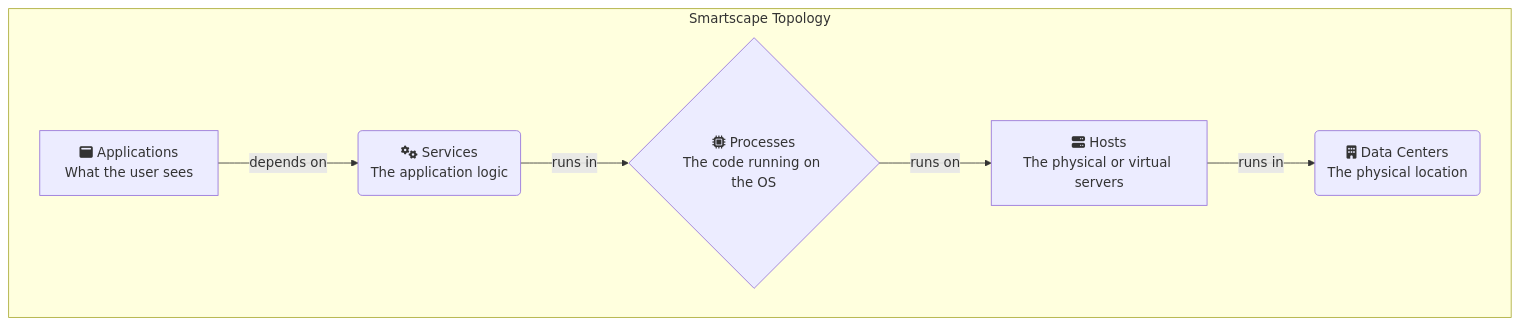
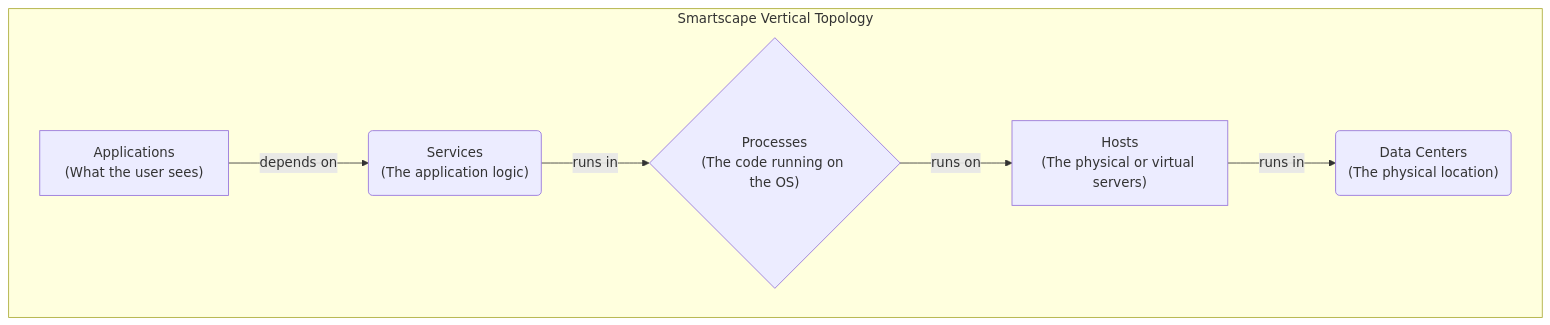
The diagram in Phase 2_ Core Monitoring/3_Deep_Dive_Smartscape_and_Topology.md (Kamal-nayan123/Dynatrace-course), drawn with Mermaid before and after one commit. The commit also changed 10 other files, not shown here.

````diff
--- a/Phase 2_ Core Monitoring/3_Deep_Dive_Smartscape_and_Topology.md
+++ b/Phase 2_ Core Monitoring/3_Deep_Dive_Smartscape_and_Topology.md
@@ -15,9 +15,9 @@
 ```mermaid
 graph TD
-    subgraph "Smartscape Topology"
-        A[fa:fa-window-maximize Applications<br>What the user sees] -->|depends on| B(fa:fa-cogs Services<br>The application logic)
-        B -->|runs in| C{fa:fa-microchip Processes<br>The code running on the OS}
-        C -->|runs on| D[fa:fa-server Hosts<br>The physical or virtual servers]
-        D -->|runs in| E(fa:fa-building Data Centers<br>The physical location)
+    subgraph "Smartscape Vertical Topology"
+        A["Applications<br>(What the user sees)"] -->|depends on| B("Services<br>(The application logic)")
+        B -->|runs in| C{"Processes<br>(The code running on the OS)"}
+        C -->|runs on| D["Hosts<br>(The physical or virtual servers)"]
+        D -->|runs in| E("Data Centers<br>(The physical location)")
     end
 ```
````
